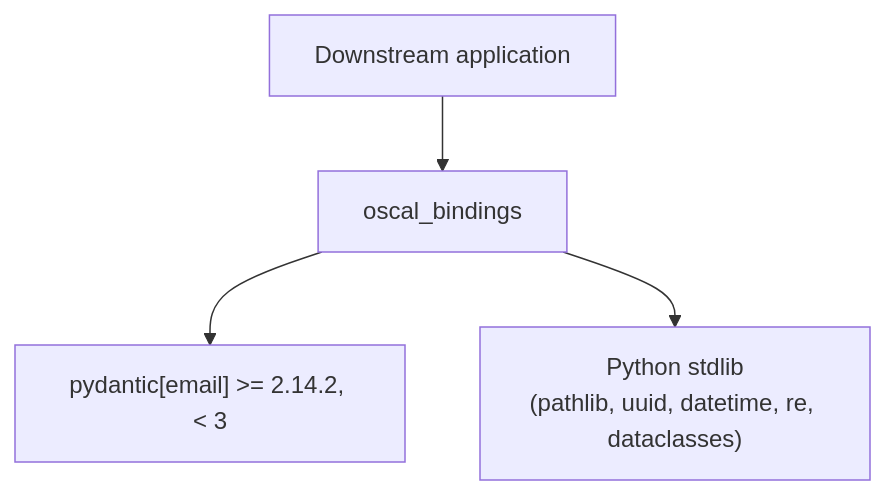
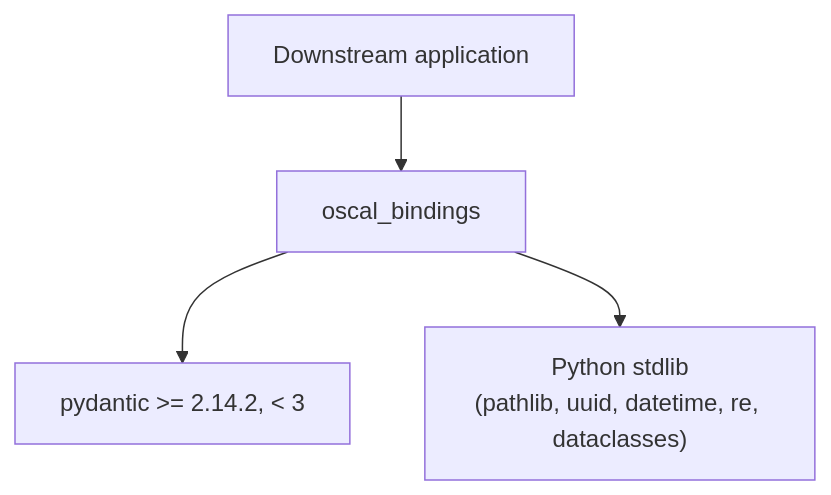
Before and after one commit to cairn-proofs/oscal-bindings-python: the diagram in .agents/summary/dependencies.md, drawn with Mermaid. The commit also changed other lines of this file and 33 other files, not shown here.

````diff
--- a/.agents/summary/dependencies.md
+++ b/.agents/summary/dependencies.md
@@ -13,6 +13,6 @@
 ```mermaid
 graph TD
     APP["Downstream application"] --> OB["oscal_bindings"]
-    OB --> PYD["pydantic[email] >= 2.14.2, < 3"]
+    OB --> PYD["pydantic >= 2.14.2, < 3"]
     OB --> STD["Python stdlib<br/>(pathlib, uuid, datetime, re, dataclasses)"]
 ```
````
